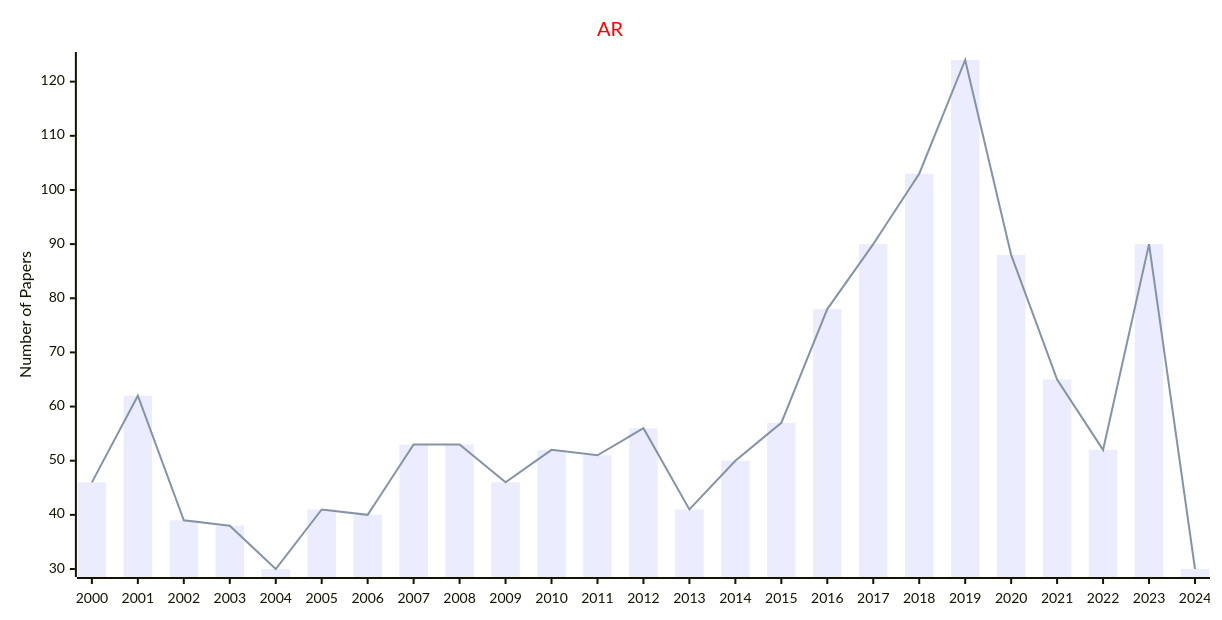
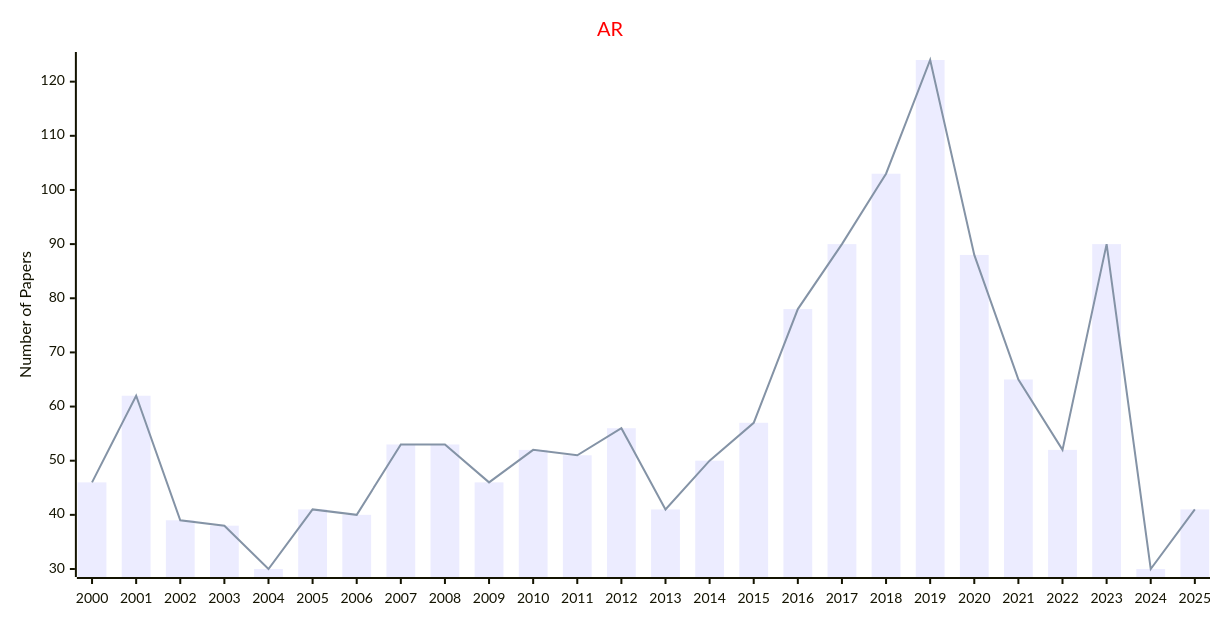
Before and after one commit to Easy-PhD/AILinks: the eighth of 9 diagrams in docs/data/Journals/Statistics_Journals/Control_and_Automation.md, drawn with Mermaid. The commit also changed other lines of this file and 107 other files, not shown here.

````diff
--- a/docs/data/Journals/Statistics_Journals/Control_and_Automation.md
+++ b/docs/data/Journals/Statistics_Journals/Control_and_Automation.md
@@ -159,17 +177,17 @@
 ```mermaid
 ---
 config:
     xyChart:
         width: 1200
         height: 600
     themeVariables:
         xyChart:
             titleColor: "#ff0000"
 ---
 xychart-beta
     title "AR"
-    x-axis [2000, 2001, 2002, 2003, 2004, 2005, 2006, 2007, 2008, 2009, 2010, 2011, 2012, 2013, 2014, 2015, 2016, 2017, 2018, 2019, 2020, 2021, 2022, 2023, 2024]
+    x-axis [2000, 2001, 2002, 2003, 2004, 2005, 2006, 2007, 2008, 2009, 2010, 2011, 2012, 2013, 2014, 2015, 2016, 2017, 2018, 2019, 2020, 2021, 2022, 2023, 2024, 2025]
     y-axis "Number of Papers"
-    bar [46, 62, 39, 38, 30, 41, 40, 53, 53, 46, 52, 51, 56, 41, 50, 57, 78, 90, 103, 124, 88, 65, 52, 90, 30]
-    line [46, 62, 39, 38, 30, 41, 40, 53, 53, 46, 52, 51, 56, 41, 50, 57, 78, 90, 103, 124, 88, 65, 52, 90, 30]
+    bar [46, 62, 39, 38, 30, 41, 40, 53, 53, 46, 52, 51, 56, 41, 50, 57, 78, 90, 103, 124, 88, 65, 52, 90, 30, 41]
+    line [46, 62, 39, 38, 30, 41, 40, 53, 53, 46, 52, 51, 56, 41, 50, 57, 78, 90, 103, 124, 88, 65, 52, 90, 30, 41]
 ```
````
